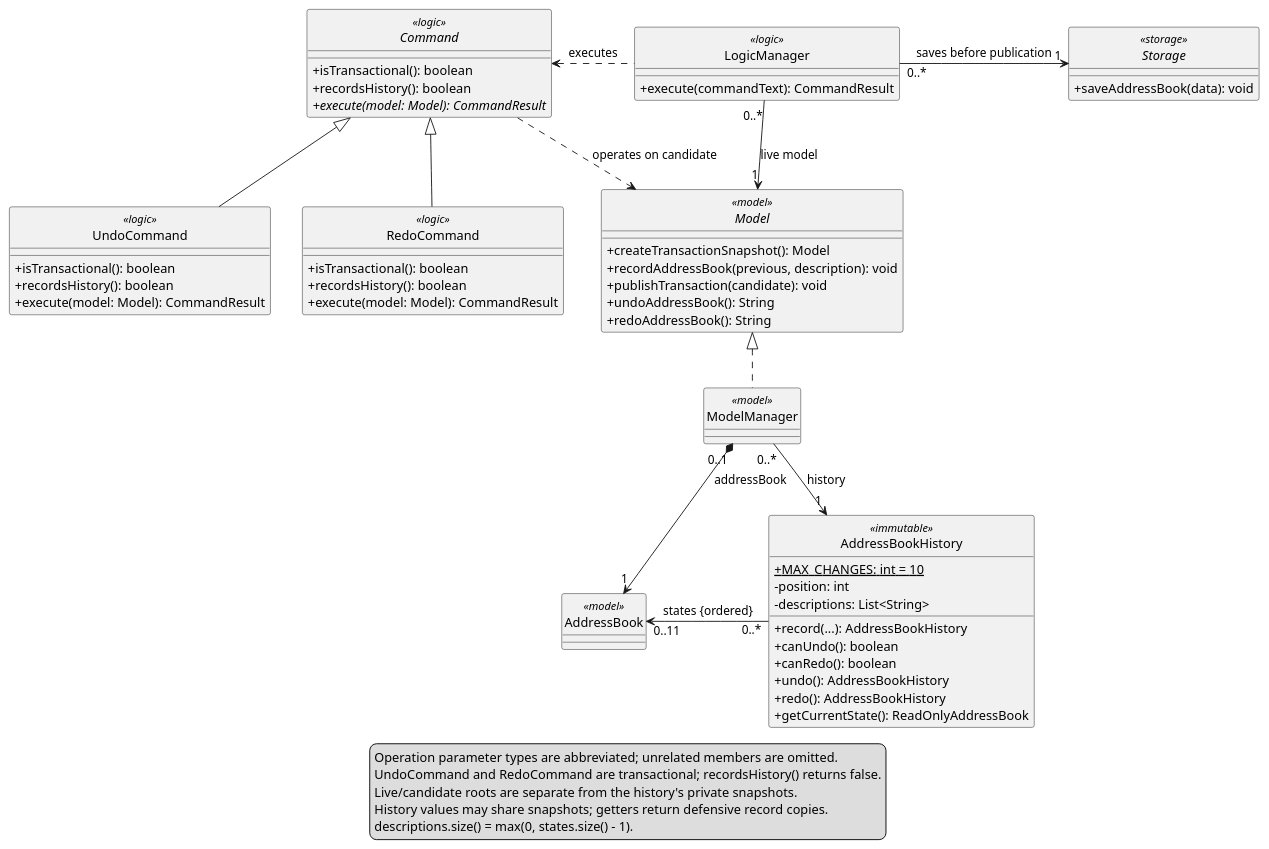
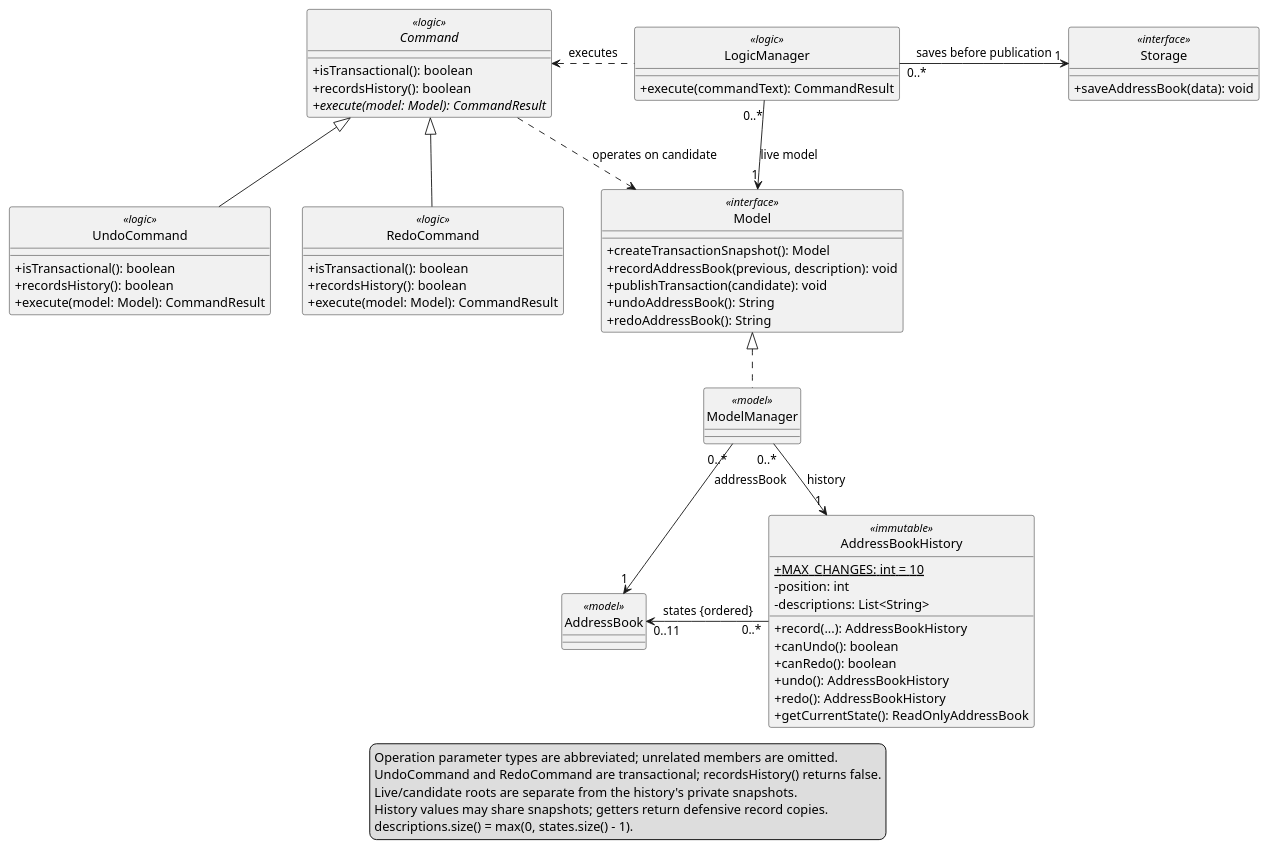
Before and after one commit to AY2627S1-CS2103T-F15-2/tp: the diagram in diagrams/UndoRedoClassDiagram.puml, drawn with PlantUML. The commit also changed 93 other files, not shown here.

```diff
--- a/diagrams/UndoRedoClassDiagram.puml
+++ b/diagrams/UndoRedoClassDiagram.puml
@@ -1,67 +1,67 @@
 @startuml
 skinparam shadowing false
 skinparam defaultFontName Arial
 skinparam classAttributeIconSize 0
 hide circle
 
 class LogicManager <<logic>> {
   + execute(commandText): CommandResult
 }
 abstract class Command <<logic>> {
   + isTransactional(): boolean
   + recordsHistory(): boolean
   {abstract} + execute(model: Model): CommandResult
 }
 class UndoCommand <<logic>> {
   + isTransactional(): boolean
   + recordsHistory(): boolean
   + execute(model: Model): CommandResult
 }
 class RedoCommand <<logic>> {
   + isTransactional(): boolean
   + recordsHistory(): boolean
   + execute(model: Model): CommandResult
 }
-interface Storage <<storage>> {
+class Storage <<interface>> {
   + saveAddressBook(data): void
 }
-interface Model <<model>> {
+class Model <<interface>> {
   + createTransactionSnapshot(): Model
   + recordAddressBook(previous, description): void
   + publishTransaction(candidate): void
   + undoAddressBook(): String
   + redoAddressBook(): String
 }
 class ModelManager <<model>>
 class AddressBook <<model>>
 class AddressBookHistory <<immutable>> {
   {static} + MAX_CHANGES: int = 10
   - position: int
   - descriptions: List<String>
   + record(...): AddressBookHistory
   + canUndo(): boolean
   + canRedo(): boolean
   + undo(): AddressBookHistory
   + redo(): AddressBookHistory
   + getCurrentState(): ReadOnlyAddressBook
 }
 
 UndoCommand -up-|> Command
 RedoCommand -up-|> Command
 LogicManager .left.> Command : executes
 LogicManager "0..*" -down-> "1" Model : live model
 LogicManager "0..*" -right-> "1" Storage : saves before publication
 Command ..> Model : operates on candidate
 ModelManager .up.|> Model
-ModelManager "0..1" *-down-> "1" AddressBook : addressBook
+ModelManager "0..*" -down-> "1" AddressBook : addressBook
 ModelManager "0..*" -right-> "1" AddressBookHistory : history
 AddressBookHistory "0..*" -left-> "0..11" AddressBook : states {ordered}
 
 legend bottom
   Operation parameter types are abbreviated; unrelated members are omitted.
   UndoCommand and RedoCommand are transactional; recordsHistory() returns false.
   Live/candidate roots are separate from the history's private snapshots.
   History values may share snapshots; getters return defensive record copies.
   descriptions.size() = max(0, states.size() - 1).
 endlegend
 @enduml
```
